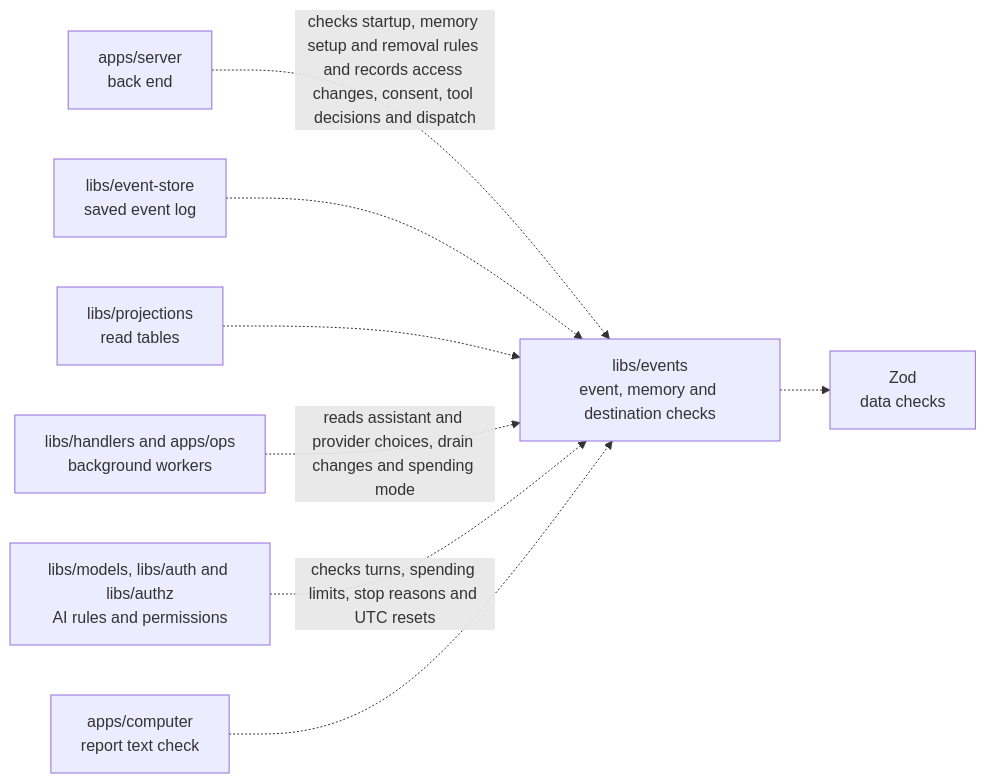
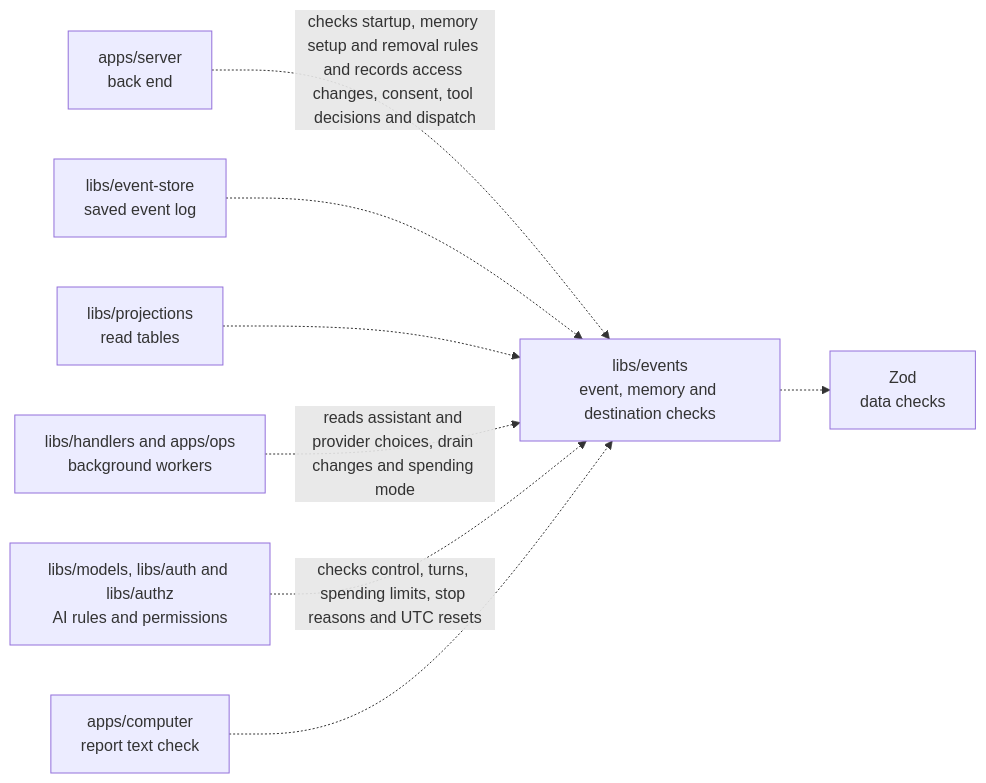
The diagram in libs/events/README.md (elewa-git/opencrane-new), drawn with Mermaid before and after one commit. The commit also changed other lines of this file and 36 other files, not shown here.

````diff
--- a/libs/events/README.md
+++ b/libs/events/README.md
@@ -23,10 +23,10 @@
 ```mermaid
 flowchart LR
   server["apps/server<br/>back end"] -.->|checks startup, memory setup and removal rules and records access changes, consent, tool decisions and dispatch| events["libs/events<br/>event, memory and destination checks"]
   store["libs/event-store<br/>saved event log"] -.-> events
   projections["libs/projections<br/>read tables"] -.-> events
   workers["libs/handlers and apps/ops<br/>background workers"] -.->|reads assistant and provider choices, drain changes and spending mode| events
-  others["libs/models, libs/auth and libs/authz<br/>AI rules and permissions"] -.->|checks turns, spending limits, stop reasons and UTC resets| events
+  others["libs/models, libs/auth and libs/authz<br/>AI rules and permissions"] -.->|checks control, turns, spending limits, stop reasons and UTC resets| events
   computer["apps/computer<br/>report text check"] -.-> events
   events -.-> zod["Zod<br/>data checks"]
 ```
````
